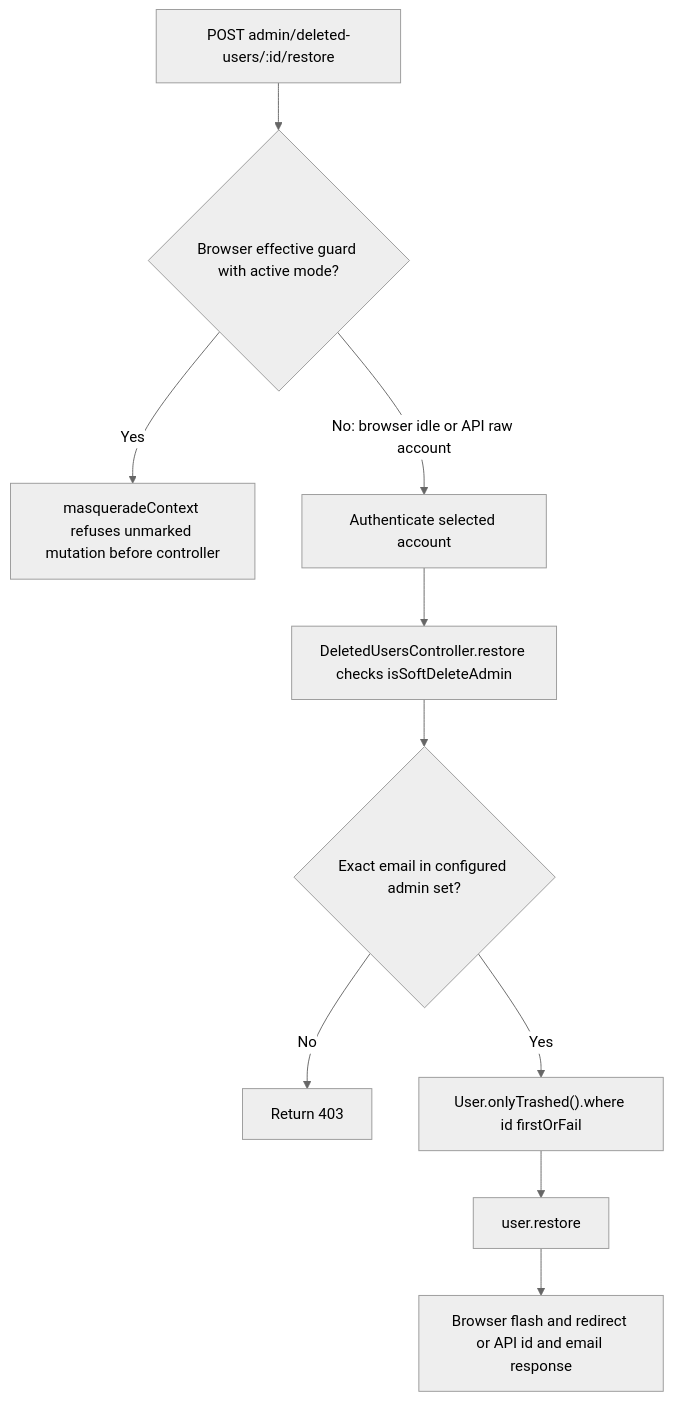
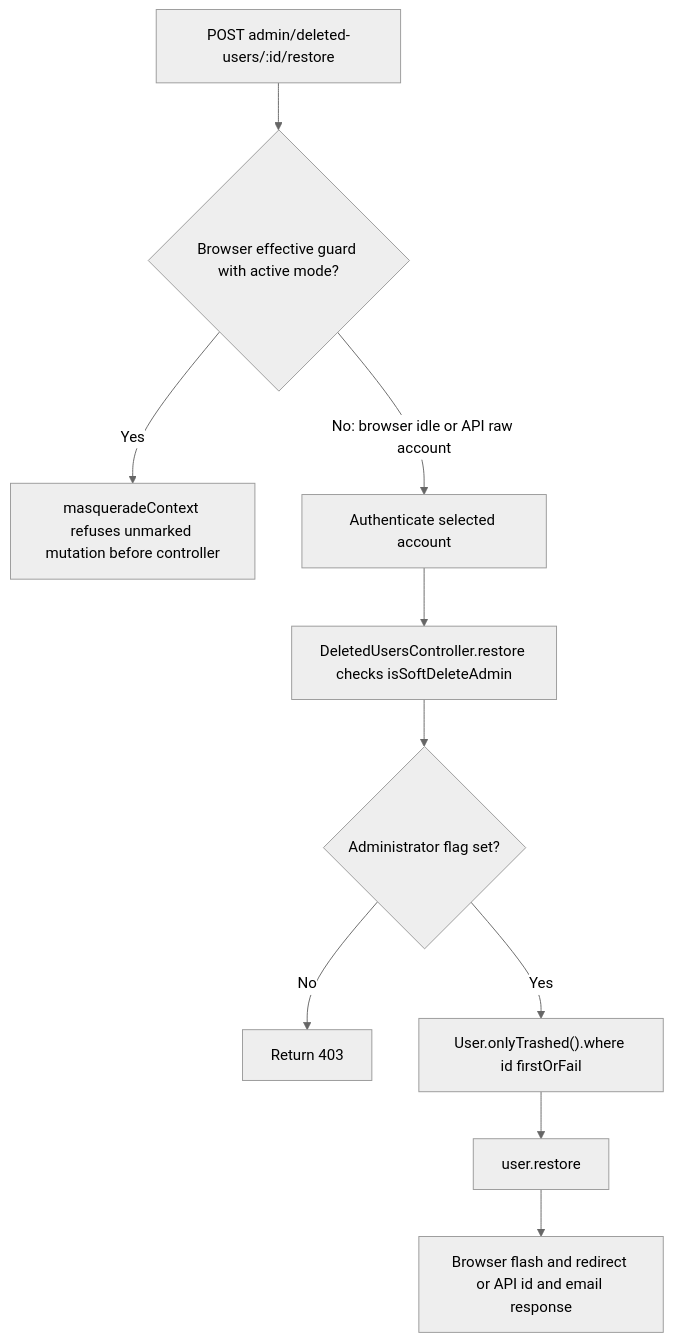
One commit to Kevinjohn/oss-adonisjs-starter-examples changed the second of 2 diagrams in user-stories/soft-delete/us-delete-03-restore-deleted-account.md. Above: the diagram before and after it, drawn with Mermaid (neutral theme). The commit also changed other lines of this file and 107 other files, not shown here.

````diff
--- a/user-stories/soft-delete/us-delete-03-restore-deleted-account.md
+++ b/user-stories/soft-delete/us-delete-03-restore-deleted-account.md
@@ -39,12 +39,12 @@
 ```mermaid
 flowchart TD
     A["POST admin/deleted-users/:id/restore"] --> B{"Browser effective guard with active mode?"}
     B -->|Yes| C["masqueradeContext refuses unmarked mutation before controller"]
     B -->|No: browser idle or API raw account| D["Authenticate selected account"]
     D --> E["DeletedUsersController.restore checks isSoftDeleteAdmin"]
-    E --> F{"Exact email in configured admin set?"}
+    E --> F{"Administrator flag set?"}
     F -->|No| G["Return 403"]
     F -->|Yes| H["User.onlyTrashed().where id firstOrFail"]
     H --> I["user.restore"]
     I --> J["Browser flash and redirect or API id and email response"]
 ```
````
